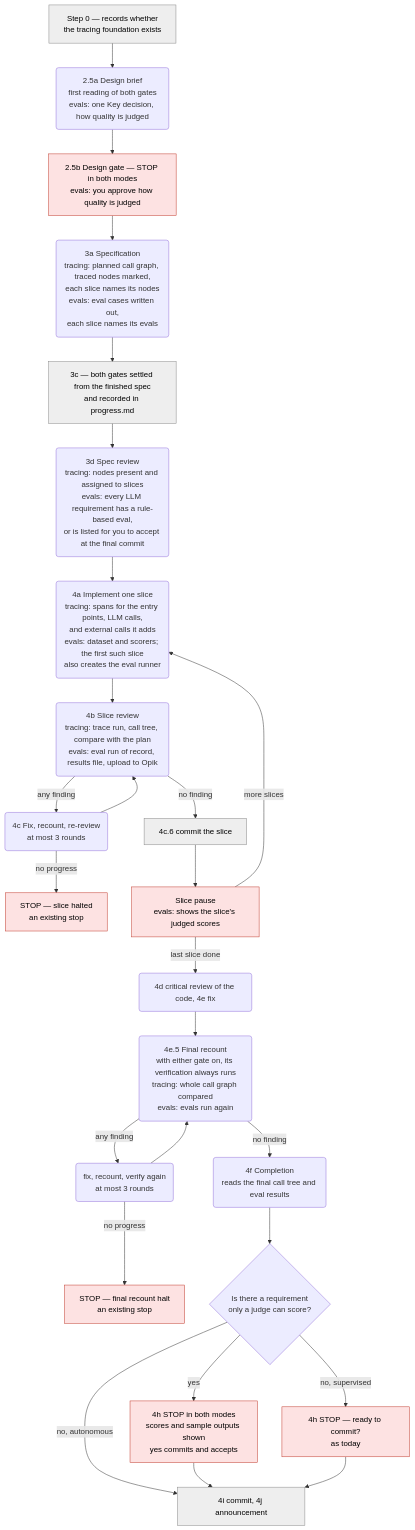
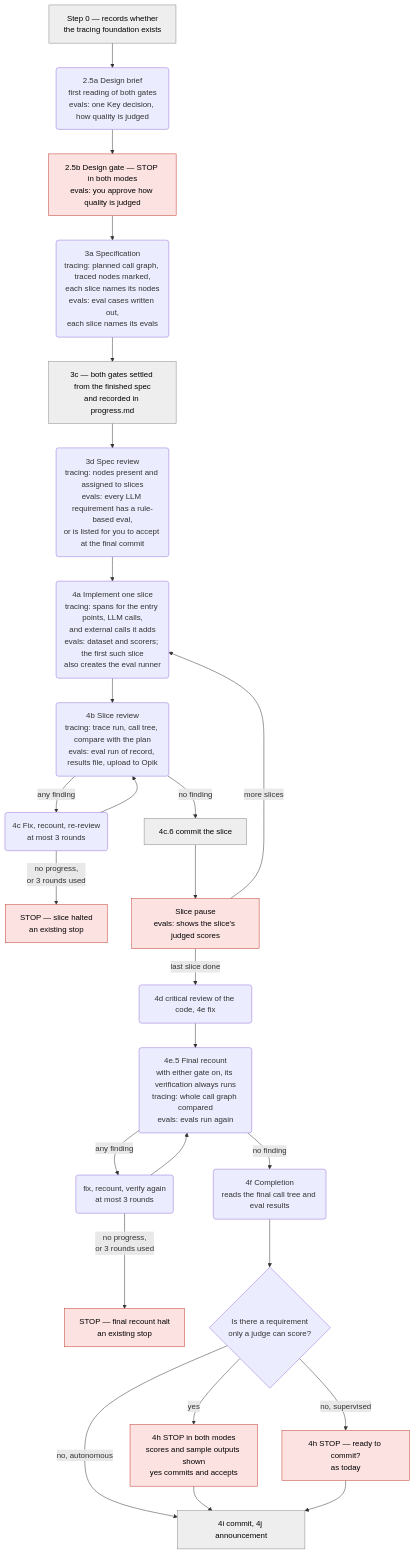
Before and after one commit to pablooliva/claude-plugins: the third of 5 diagrams in agent-engineering/docs/observability-diagram.md, drawn with Mermaid. The commit also changed other lines of this file and 2 other files, not shown here.

First line of the commit message:
docs: review fixes to the tracing-and-evals proposal; correct recount halt row

````diff
--- a/agent-engineering/docs/observability-diagram.md
+++ b/agent-engineering/docs/observability-diagram.md
@@ -56,31 +56,31 @@
 ```mermaid
 flowchart TD
     s0["Step 0 — records whether<br/>the tracing foundation exists"]:::orch --> brief("2.5a Design brief<br/>first reading of both gates<br/>evals: one Key decision, how quality is judged")
     brief --> gate["2.5b Design gate — STOP in both modes<br/>evals: you approve how quality is judged"]:::stop
     gate --> spec("3a Specification<br/>tracing: planned call graph, traced nodes marked,<br/>each slice names its nodes<br/>evals: eval cases written out,<br/>each slice names its evals")
     spec --> bind["3c — both gates settled from the finished spec<br/>and recorded in progress.md"]:::orch
     bind --> rev3("3d Spec review<br/>tracing: nodes present and assigned to slices<br/>evals: every LLM requirement has a rule-based eval,<br/>or is listed for you to accept at the final commit")
     rev3 --> impl("4a Implement one slice<br/>tracing: spans for the entry points, LLM calls,<br/>and external calls it adds<br/>evals: dataset and scorers; the first such slice<br/>also creates the eval runner")
     impl --> review("4b Slice review<br/>tracing: trace run, call tree, compare with the plan<br/>evals: eval run of record, results file, upload to Opik")
     review -- "any finding" --> fix("4c Fix, recount, re-review<br/>at most 3 rounds")
     fix --> review
-    fix -- "no progress" --> halt["STOP — slice halted<br/>an existing stop"]:::stop
+    fix -- "no progress,<br/>or 3 rounds used" --> halt["STOP — slice halted<br/>an existing stop"]:::stop
     review -- "no finding" --> commit["4c.6 commit the slice"]:::orch
     commit --> pause["Slice pause<br/>evals: shows the slice's judged scores"]:::stop
     pause -- "more slices" --> impl
     pause -- "last slice done" --> crit("4d critical review of the code, 4e fix")
     crit --> final("4e.5 Final recount<br/>with either gate on, its verification always runs<br/>tracing: whole call graph compared<br/>evals: evals run again")
     final -- "any finding" --> ffix("fix, recount, verify again<br/>at most 3 rounds")
     ffix --> final
-    ffix -- "no progress" --> fhalt["STOP — final recount halt<br/>an existing stop"]:::stop
+    ffix -- "no progress,<br/>or 3 rounds used" --> fhalt["STOP — final recount halt<br/>an existing stop"]:::stop
     final -- "no finding" --> done("4f Completion<br/>reads the final call tree and eval results")
     done --> q{"Is there a requirement<br/>only a judge can score?"}
     q -- "yes" --> ask["4h STOP in both modes<br/>scores and sample outputs shown<br/>yes commits and accepts"]:::stop
     q -- "no, supervised" --> ask2["4h STOP — ready to commit?<br/>as today"]:::stop
     q -- "no, autonomous" --> c4["4i commit, 4j announcement"]:::orch
     ask --> c4
     ask2 --> c4
 
     classDef stop fill:#fde2e2,stroke:#c0392b,color:#000
     classDef orch fill:#eeeeee,stroke:#888888,color:#000
 ```
````
